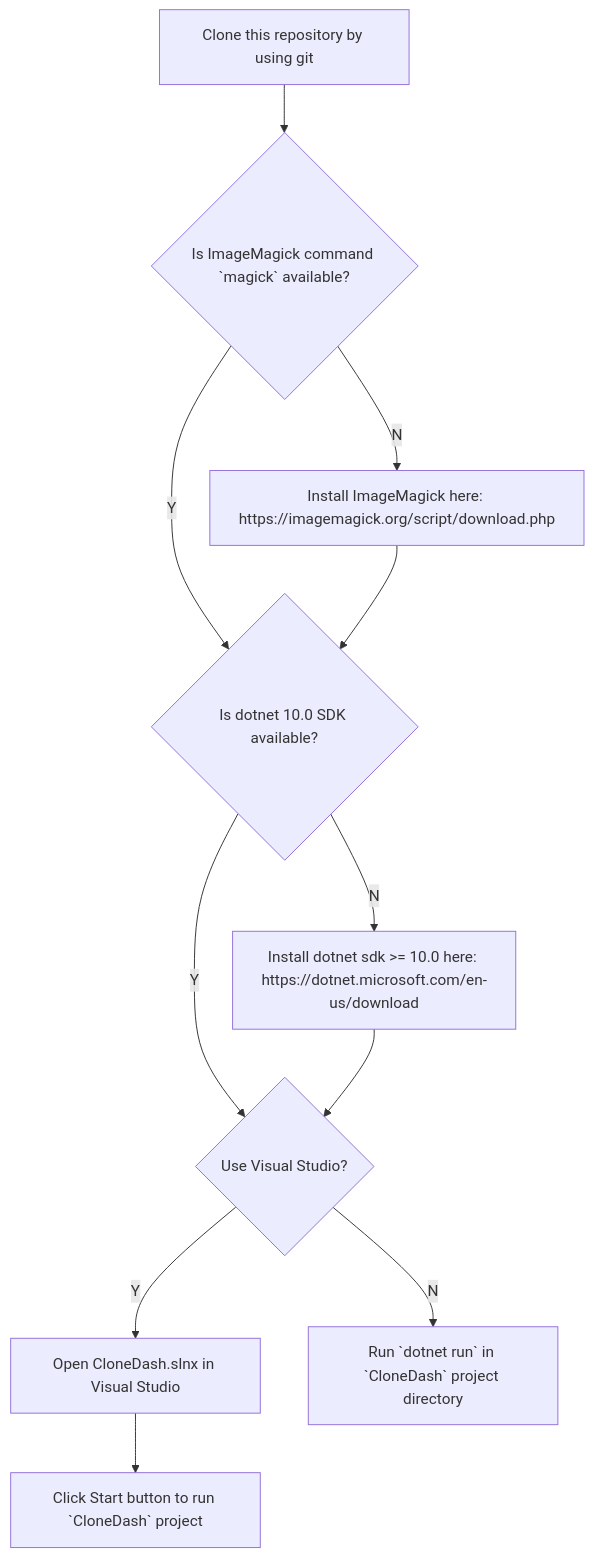
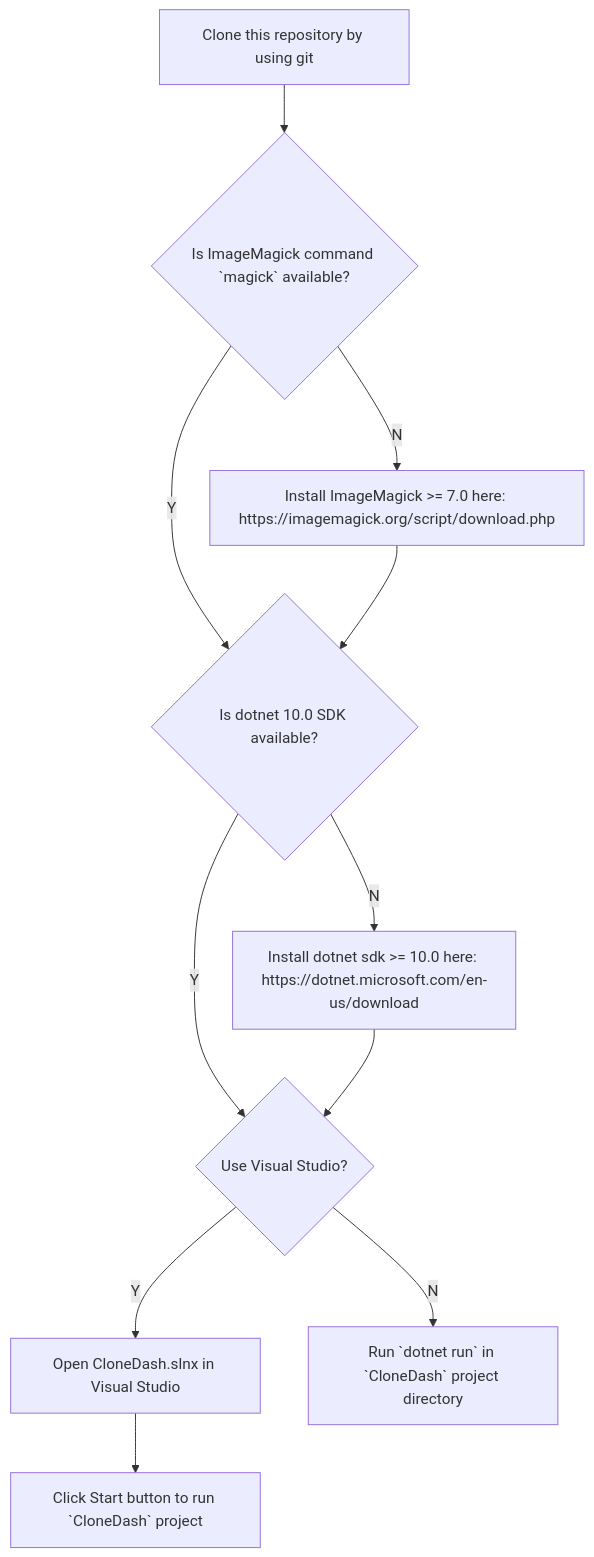
The diagram in README.md (arenekosreal/CloneDash.DI), drawn with Mermaid before and after one commit. The commit also changed 1 other file, not shown here.

Commit message:
ImageMagick >= 7.0 is required

````diff
--- a/README.md
+++ b/README.md
@@ -53,14 +53,14 @@
 ```mermaid
 flowchart TD
     CLONE[Clone this repository by using git]
     CLONE --> IM{Is ImageMagick command `magick` available?}
     IM -- Y --> SDK{Is dotnet 10.0 SDK available?}
-    IM -- N --> INSTALLIM[Install ImageMagick here: https://imagemagick.org/script/download.php]
+    IM -- N --> INSTALLIM[Install ImageMagick >= 7.0 here: https://imagemagick.org/script/download.php]
     INSTALLIM --> SDK
     SDK -- Y --> VS{Use Visual Studio?}
     SDK -- N --> DOTNET[Install dotnet sdk >= 10.0 here: https://dotnet.microsoft.com/en-us/download]
     DOTNET --> VS
     VS -- Y --> IMPORT[Open CloneDash.slnx in Visual Studio]
     IMPORT --> RUNVS[Click Start button to run `CloneDash` project]
     VS -- N --> RUNCLI[Run `dotnet run` in `CloneDash` project directory]
 ```
````
